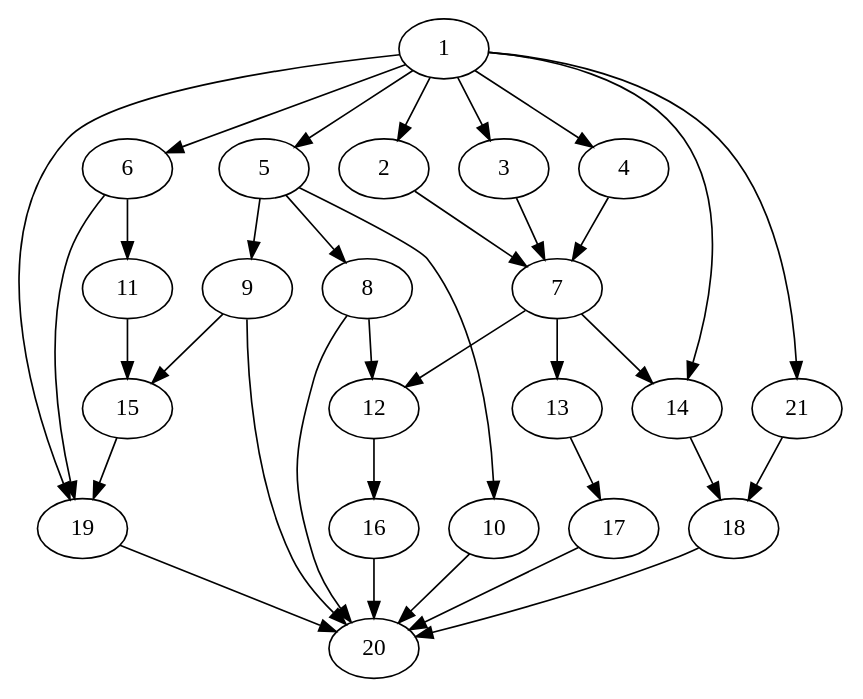
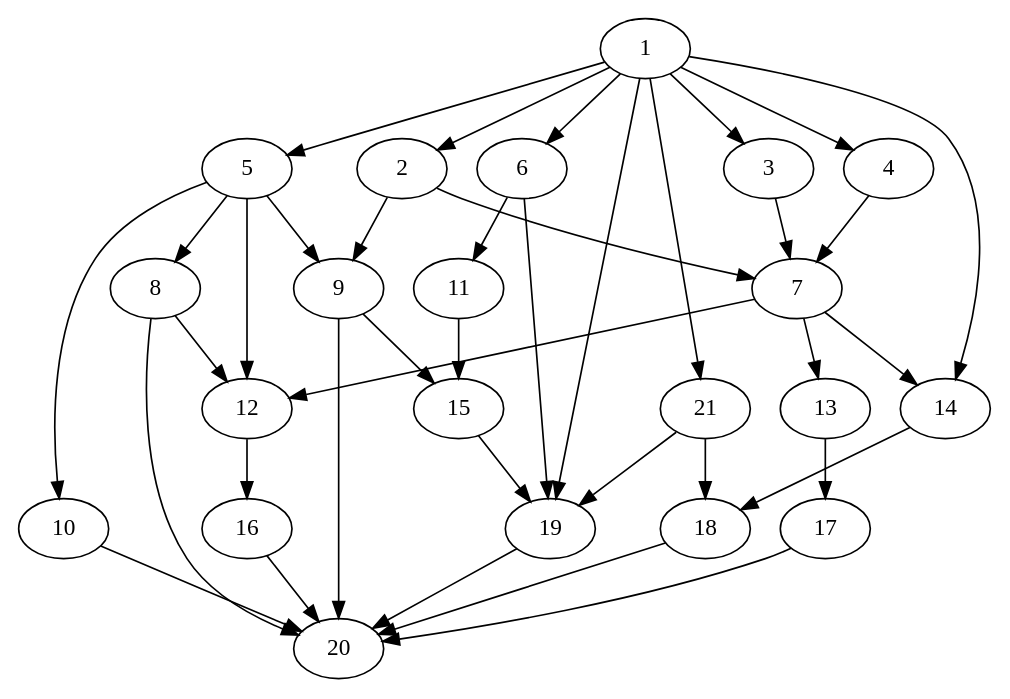
One commit to kmandelbaum/yagvis changed the diagram in data/1.dot. Above: the diagram before and after it, drawn with Graphviz.

Commit message:
changed example

```diff
--- a/data/1.dot
+++ b/data/1.dot
@@ -1,36 +1,39 @@
 digraph graph2 {
+    5 -> 12
+    21 -> 19
     6 -> 19
     8 -> 12
     1 -> 21
     1 -> 2
     1 -> 3
     1 -> 4
     1 -> 5
     1 -> 6
     1 -> 19
     2 -> 7
     3 -> 7
     4 -> 7
     7 -> 12
     7 -> 13
     7 -> 14
     12 -> 16
     13 -> 17
     14 -> 18
     16 -> 20
     17 -> 20
     18 -> 20
     5 -> 9
     5 -> 10 
     5 -> 8
     8 -> 20
     9 -> 20
     10 -> 20
     6 -> 11
     11 -> 15
     15 -> 19
     19 -> 20
     1 -> 14
     9 -> 15
     21 -> 18
+    2 -> 9
 }
```
